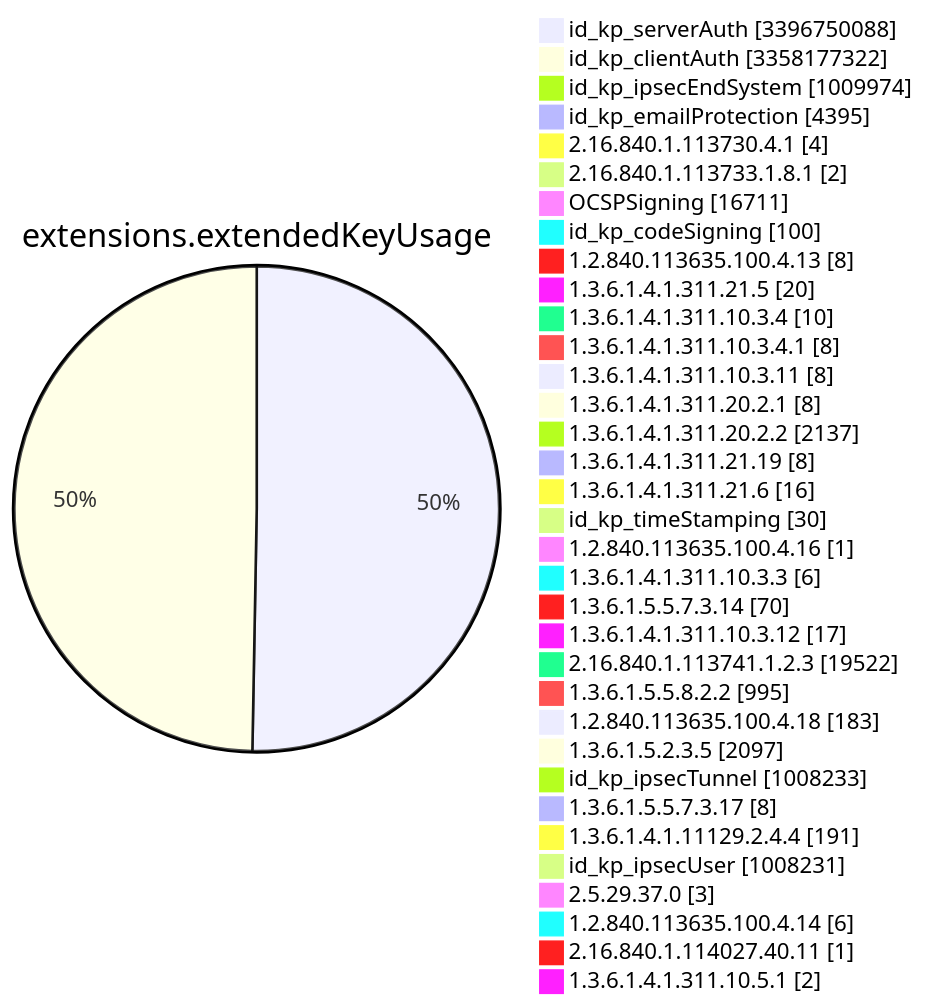
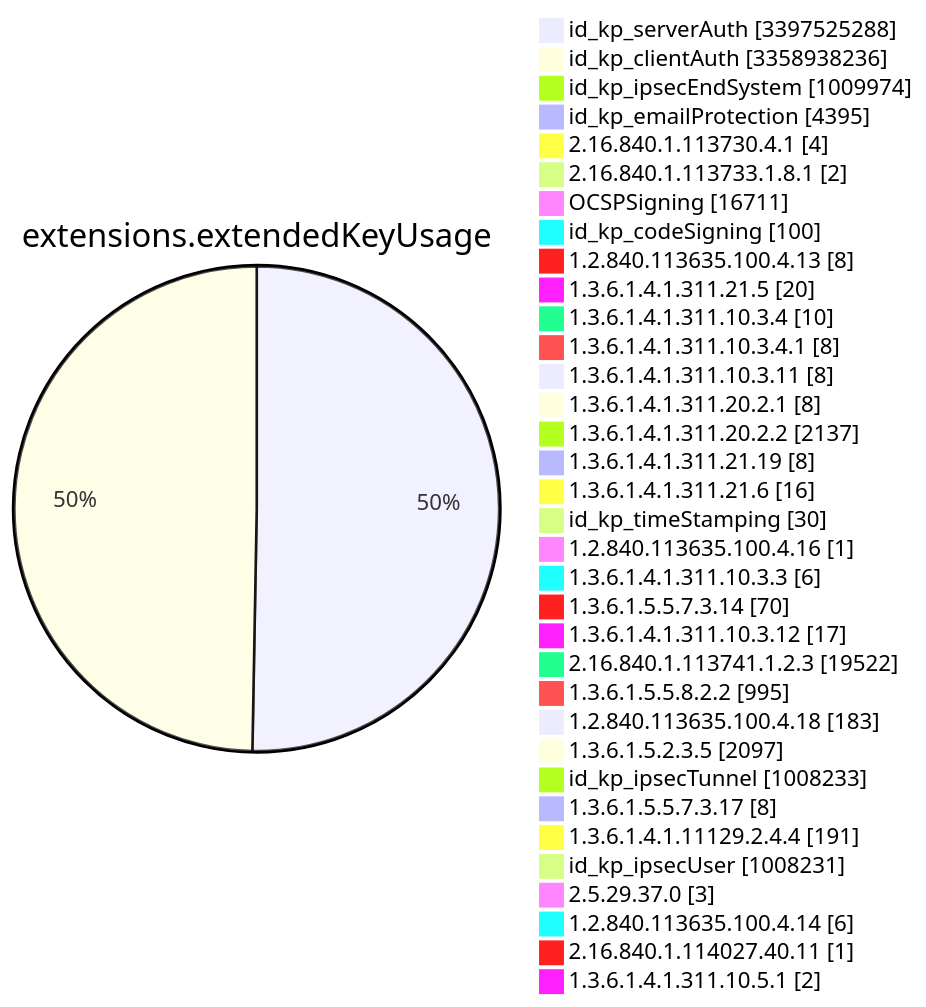
One commit to christiankrug/ctmonitor_visualization changed diagram 11 of 15 in TOTAL/README.md. Above: the diagram before and after it, drawn with Mermaid. The commit also changed other lines of this file, not shown here.

````diff
--- a/TOTAL/README.md
+++ b/TOTAL/README.md
@@ -4121,38 +4121,38 @@
 ```mermaid
 pie showData
 title extensions.extendedKeyUsage
-"id_kp_serverAuth" :3396750088
-"id_kp_clientAuth" :3358177322
+"id_kp_serverAuth" :3397525288
+"id_kp_clientAuth" :3358938236
 "id_kp_ipsecEndSystem" :1009974
 "id_kp_emailProtection" :4395
 "2.16.840.1.113730.4.1" :4
 "2.16.840.1.113733.1.8.1" :2
 "OCSPSigning" :16711
 "id_kp_codeSigning" :100
 "1.2.840.113635.100.4.13" :8
 "1.3.6.1.4.1.311.21.5" :20
 "1.3.6.1.4.1.311.10.3.4" :10
 "1.3.6.1.4.1.311.10.3.4.1" :8
 "1.3.6.1.4.1.311.10.3.11" :8
 "1.3.6.1.4.1.311.20.2.1" :8
 "1.3.6.1.4.1.311.20.2.2" :2137
 "1.3.6.1.4.1.311.21.19" :8
 "1.3.6.1.4.1.311.21.6" :16
 "id_kp_timeStamping" :30
 "1.2.840.113635.100.4.16" :1
 "1.3.6.1.4.1.311.10.3.3" :6
 "1.3.6.1.5.5.7.3.14" :70
 "1.3.6.1.4.1.311.10.3.12" :17
 "2.16.840.1.113741.1.2.3" :19522
 "1.3.6.1.5.5.8.2.2" :995
 "1.2.840.113635.100.4.18" :183
 "1.3.6.1.5.2.3.5" :2097
 "id_kp_ipsecTunnel" :1008233
 "1.3.6.1.5.5.7.3.17" :8
 "1.3.6.1.4.1.11129.2.4.4" :191
 "id_kp_ipsecUser" :1008231
 "2.5.29.37.0" :3
 "1.2.840.113635.100.4.14" :6
 "2.16.840.1.114027.40.11" :1
 "1.3.6.1.4.1.311.10.5.1" :2
 ```
````
